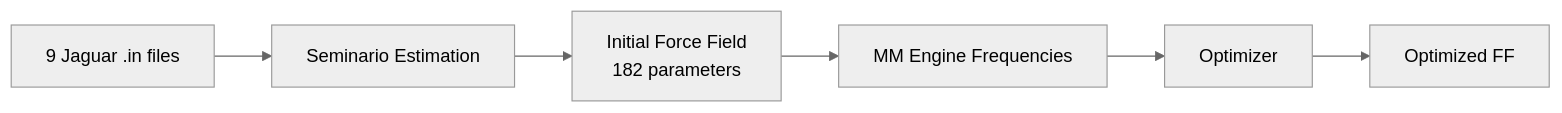
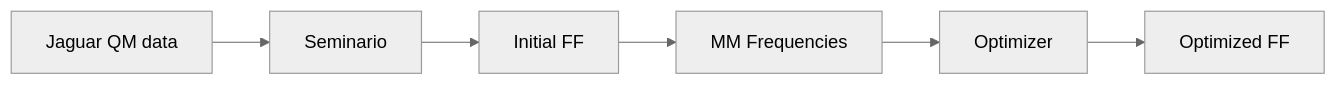
The diagram in docs/benchmarks/rh-enamide.md (ericchansen/q2mm), drawn with Mermaid (neutral theme) before and after one commit. The commit also changed 8 other files, not shown here.

First line of the commit message:
docs: standardize mermaid diagrams and add per-backend pages

````diff
--- a/docs/benchmarks/rh-enamide.md
+++ b/docs/benchmarks/rh-enamide.md
@@ -38,8 +38,8 @@
 ```mermaid
-graph LR
-    A[9 Jaguar .in files] --> B[Seminario Estimation]
-    B --> C[Initial Force Field<br/>182 parameters]
-    C --> D[MM Engine Frequencies]
+flowchart LR
+    A[Jaguar QM data] --> B[Seminario]
+    B --> C[Initial FF]
+    C --> D[MM Frequencies]
     D --> E[Optimizer]
     E --> F[Optimized FF]
 ```
````
